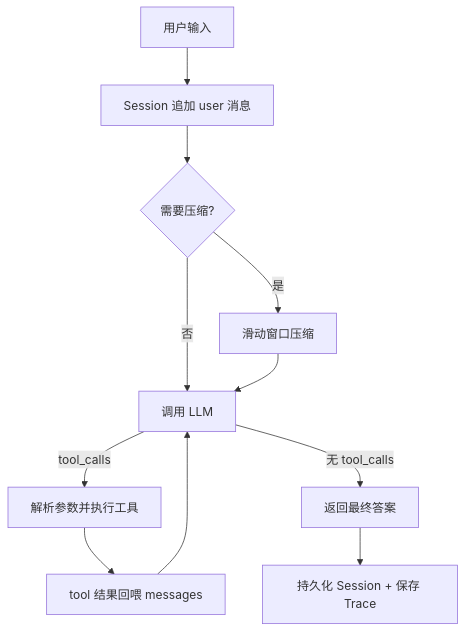
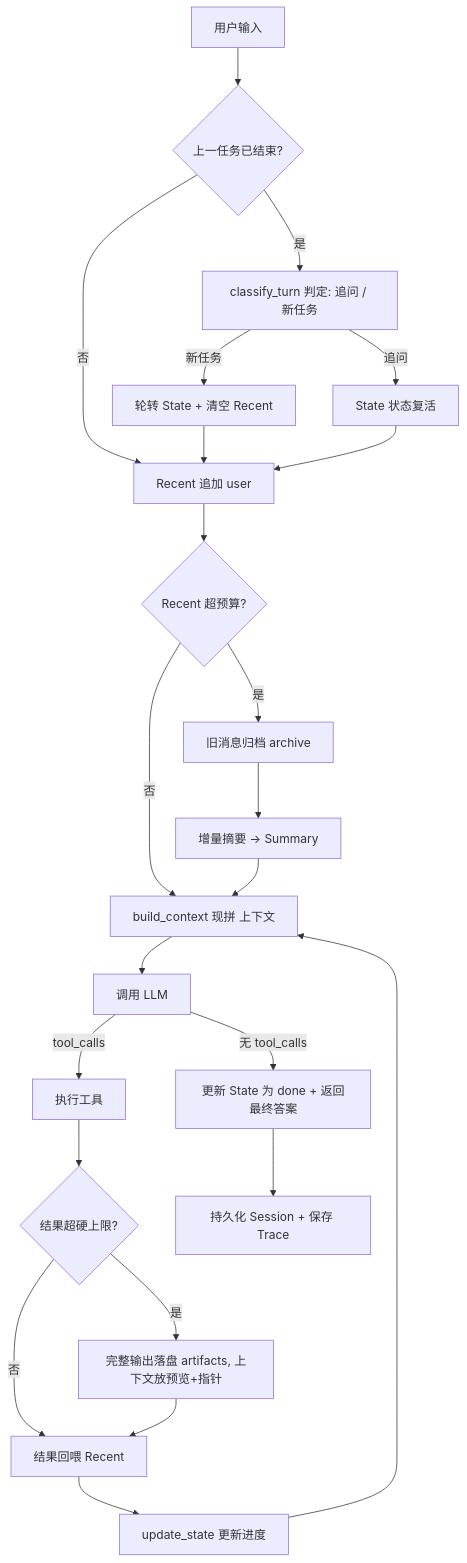
Before and after one commit to cm748w/mini-agent: the diagram in README.md, drawn with Mermaid. The commit also changed other lines of this file and 26 other files, not shown here.

````diff
--- a/README.md
+++ b/README.md
@@ -138,13 +174,25 @@
 ```mermaid
 flowchart TD
-    U[用户输入] --> S[Session 追加 user 消息]
-    S --> C{需要压缩?}
-    C -->|是| M[滑动窗口压缩]
-    C -->|否| L
-    M --> L[调用 LLM]
-    L -->|tool_calls| T[解析参数并执行工具]
-    T --> R[tool 结果回喂 messages]
-    R --> L
-    L -->|无 tool_calls| F[返回最终答案]
+    U[用户输入] --> J{上一任务已结束?}
+    J -->|是| C[classify_turn 判定: 追问 / 新任务]
+    J -->|否| A
+    C -->|新任务| R0[轮转 State + 清空 Recent]
+    C -->|追问| RV[State 状态复活]
+    R0 --> A[Recent 追加 user]
+    RV --> A
+    A --> T{Recent 超预算?}
+    T -->|是| AR[旧消息归档 archive]
+    AR --> SM[增量摘要 -> Summary]
+    T -->|否| L
+    SM --> L[build_context 现拼 上下文]
+    L --> Q[调用 LLM]
+    Q -->|tool_calls| X[执行工具]
+    X --> CAP{结果超硬上限?}
+    CAP -->|是| AF[完整输出落盘 artifacts, 上下文放预览+指针]
+    CAP -->|否| B[结果回喂 Recent]
+    AF --> B
+    B --> US[update_state 更新进度]
+    US --> L
+    Q -->|无 tool_calls| F[更新 State 为 done + 返回最终答案]
     F --> P[持久化 Session + 保存 Trace]
 ```
````
